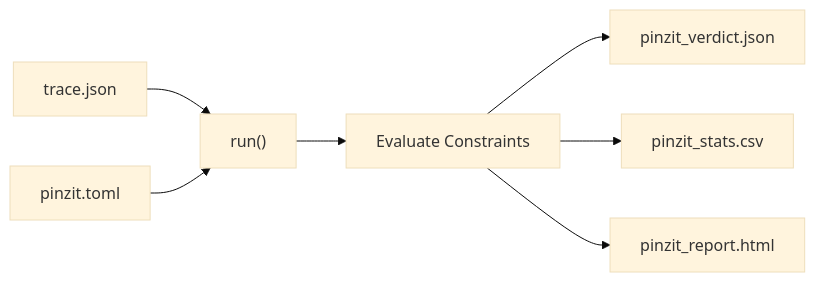
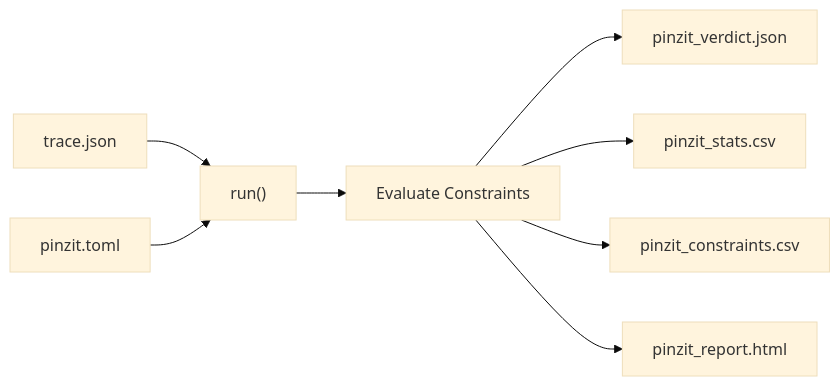
The diagram in AGENTS.md (AngelP17/Pinzit), drawn with Mermaid (base theme) before and after one commit. The commit also changed other lines of this file and 29 other files, not shown here.

First line of the commit message:
feat: add Timeline and CI Gate tabs with artifact states

````diff
--- a/AGENTS.md
+++ b/AGENTS.md
@@ -136,9 +145,10 @@
 ```mermaid
 flowchart LR
     A["trace.json"] --> C["run()"]
     B["pinzit.toml"] --> C
     C --> D["Evaluate Constraints"]
     D --> E["pinzit_verdict.json"]
     D --> F["pinzit_stats.csv"]
-    D --> G["pinzit_report.html"]
+    D --> G["pinzit_constraints.csv"]
+    D --> H["pinzit_report.html"]
 ```
````
